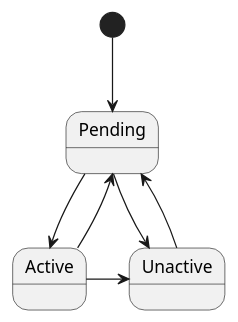
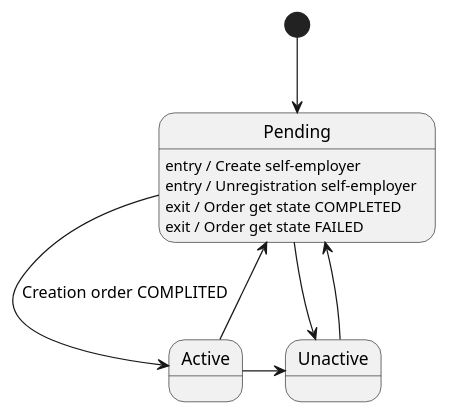
Before and after one commit to RaikBitters/ibank-internal-services: the diagram in diagrams/self-employed-service/state.puml, drawn with PlantUML.

Commit message:
Patched state.

```diff
--- a/diagrams/self-employed-service/state.puml
+++ b/diagrams/self-employed-service/state.puml
@@ -1,16 +1,19 @@
 @startuml
 
 [*] --> Pending
 
-Pending -> Active
+Pending -> Active: Creation order COMPLITED
 Active --> Pending
 
 Pending -> Unactive
 Unactive -> Pending
 
 Active -> Unactive
 
-'Pending: entry /
-'Pending: exit /
+Pending: entry / Create self-employer
+Pending: entry / Unregistration self-employer
+
+Pending: exit / Order get state COMPLETED
+Pending: exit / Order get state FAILED
 
 @enduml
```
